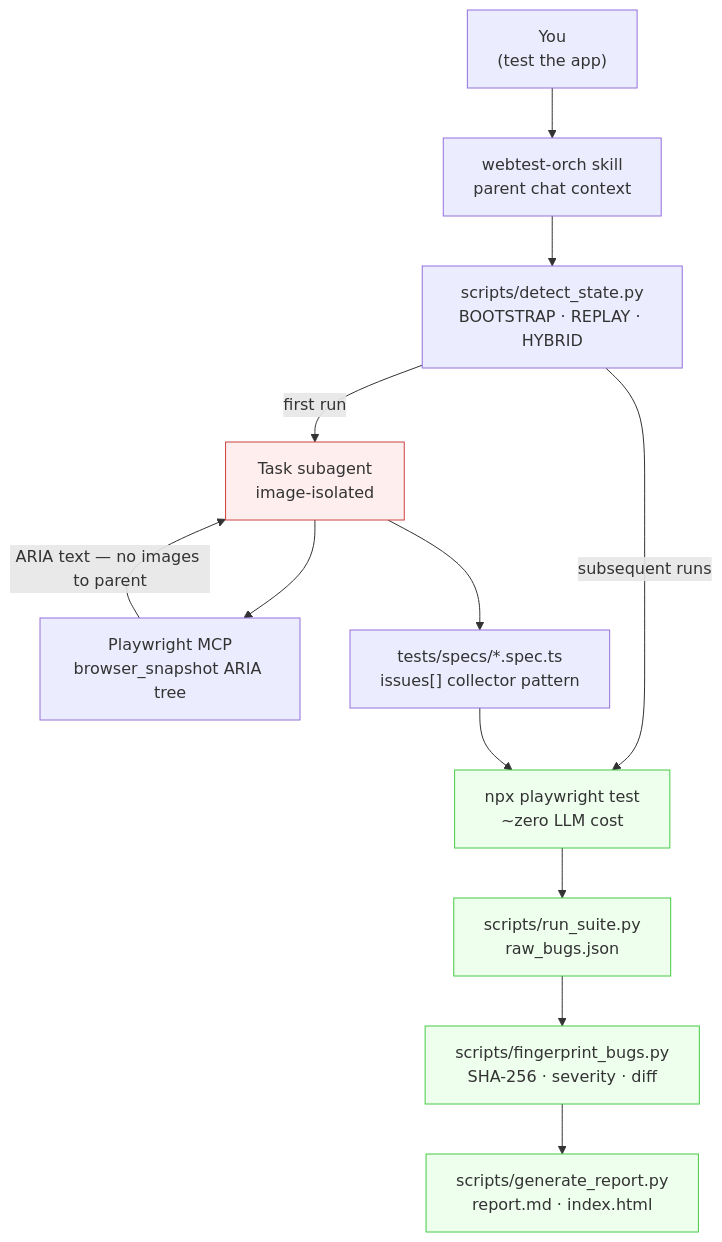
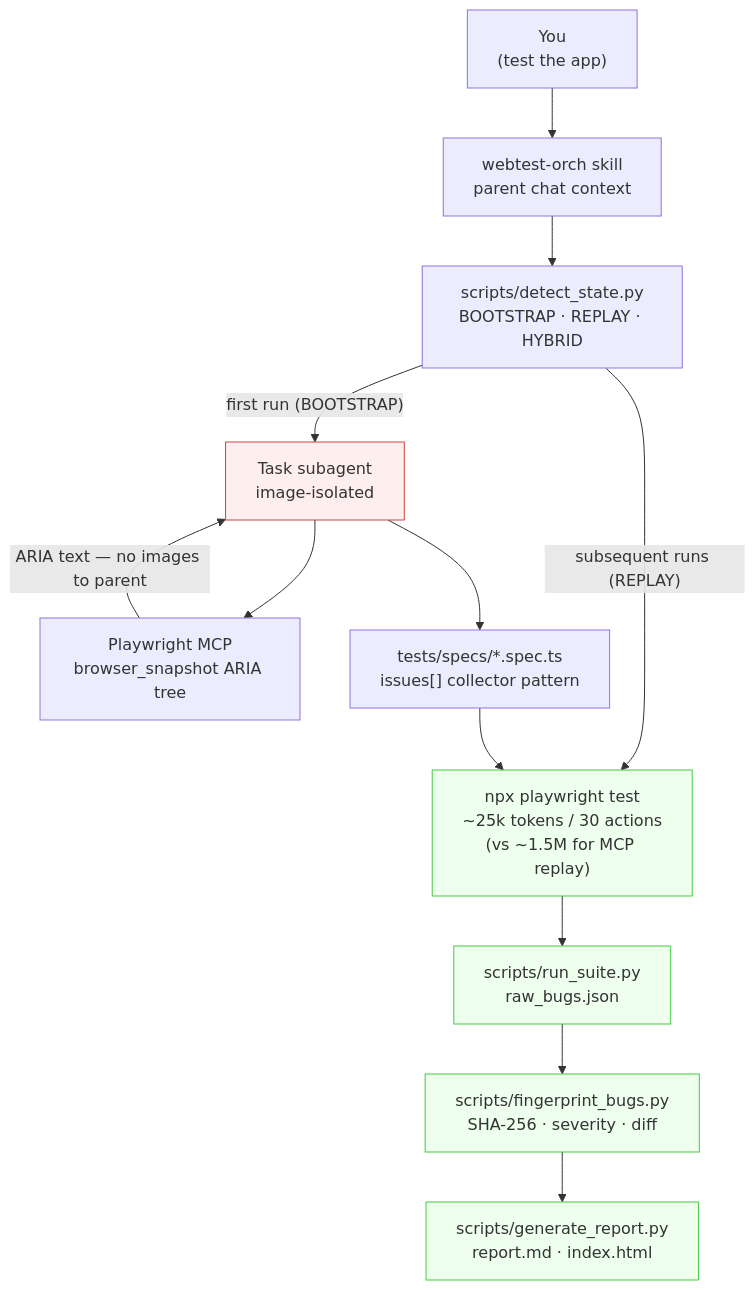
Before and after one commit to CreatmanCEO/webtest-orch: the diagram in README.md, drawn with Mermaid. The commit also changed other lines of this file and 4 other files, not shown here.

````diff
--- a/README.md
+++ b/README.md
@@ -32,30 +43,30 @@
 ```mermaid
 graph TB
     User["You<br/>(test the app)"]
     Skill["webtest-orch skill<br/>parent chat context"]
     Probe["scripts/detect_state.py<br/>BOOTSTRAP · REPLAY · HYBRID"]
     Sub["Task subagent<br/>image-isolated"]
-    Tools["Playwright MCP<br/>browser_snapshot ARIA tree"]
+    MCP["Playwright MCP<br/>browser_snapshot ARIA tree"]
     Spec["tests/specs/*.spec.ts<br/>issues[] collector pattern"]
-    Replay["npx playwright test<br/>~zero LLM cost"]
+    CLI["npx playwright test<br/>~25k tokens / 30 actions<br/>(vs ~1.5M for MCP replay)"]
     Norm["scripts/run_suite.py<br/>raw_bugs.json"]
     FP["scripts/fingerprint_bugs.py<br/>SHA-256 · severity · diff"]
     Report["scripts/generate_report.py<br/>report.md · index.html"]
 
     User --> Skill
     Skill --> Probe
-    Probe -->|"first run"| Sub
-    Sub --> Tools
-    Tools -->|"ARIA text — no images to parent"| Sub
+    Probe -->|"first run (BOOTSTRAP)"| Sub
+    Sub --> MCP
+    MCP -->|"ARIA text — no images to parent"| Sub
     Sub --> Spec
-    Probe -->|"subsequent runs"| Replay
-    Spec --> Replay
-    Replay --> Norm
+    Probe -->|"subsequent runs (REPLAY)"| CLI
+    Spec --> CLI
+    CLI --> Norm
     Norm --> FP
     FP --> Report
 
     classDef budget fill:#fee,stroke:#c44
     classDef cheap fill:#efe,stroke:#4c4
     class Sub budget
-    class Replay,Norm,FP,Report cheap
+    class CLI,Norm,FP,Report cheap
 ```
````
